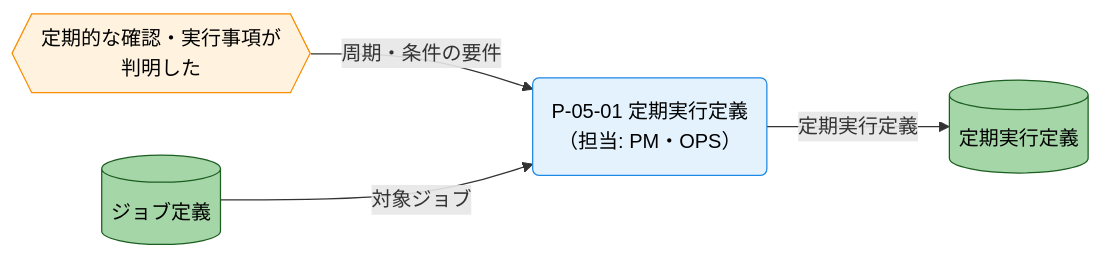
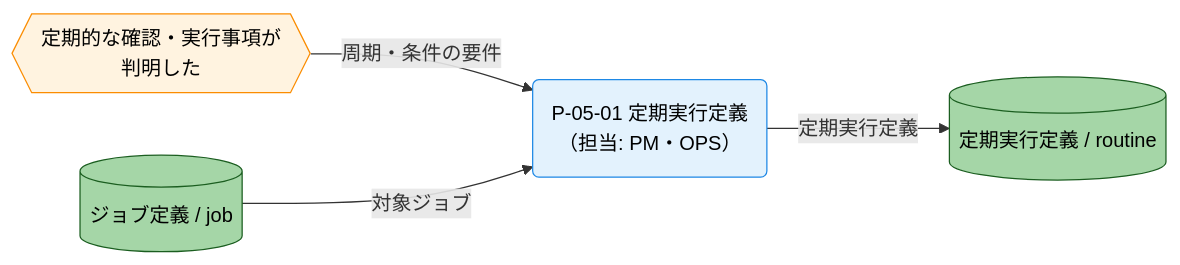
The fourth of 5 diagrams in docs/ja/product/010-business-specs/010-data-flow/cdfd-plan.md (specdojo/specdojo), drawn with Mermaid before and after one commit. The commit also changed other lines of this file and 14 other files, not shown here.

````diff
--- a/docs/ja/product/010-business-specs/010-data-flow/cdfd-plan.md
+++ b/docs/ja/product/010-business-specs/010-data-flow/cdfd-plan.md
@@ -212,19 +212,19 @@
 ```mermaid
 flowchart LR
   classDef process fill:#e3f2fd,stroke:#1e88e5,color:#000
   classDef event fill:#fff3e0,stroke:#fb8c00,color:#000
   classDef storeMaster fill:#a5d6a7,stroke:#1b5e20,color:#000
 
   定期契機{{"定期的な確認・実行事項が<br>判明した"}}
   定期実行定義プロセス("P-05-01 定期実行定義<br>（担当: PM・OPS）")
-  ジョブ定義[("ジョブ定義")]
-  定期実行定義[("定期実行定義")]
+  ジョブ定義[("ジョブ定義 / job")]
+  定期実行定義[("定期実行定義 / routine")]
 
   定期契機 -->|"周期・条件の要件"| 定期実行定義プロセス
   ジョブ定義 -->|"対象ジョブ"| 定期実行定義プロセス
   定期実行定義プロセス -->|"定期実行定義"| 定期実行定義
 
   class 定期実行定義プロセス process
   class 定期契機 event
   class ジョブ定義,定期実行定義 storeMaster
 ```
````
